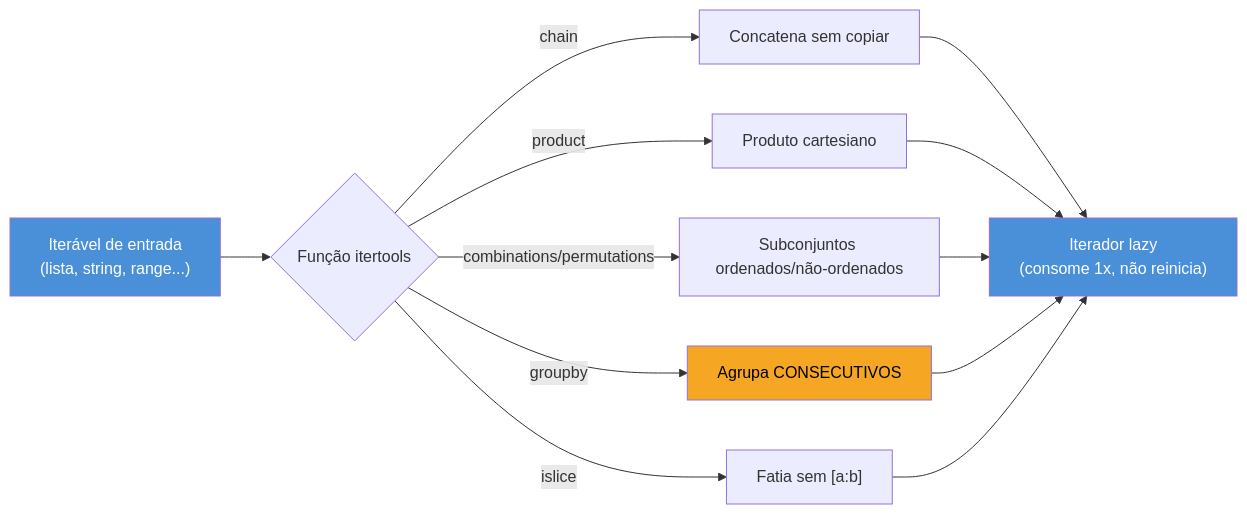
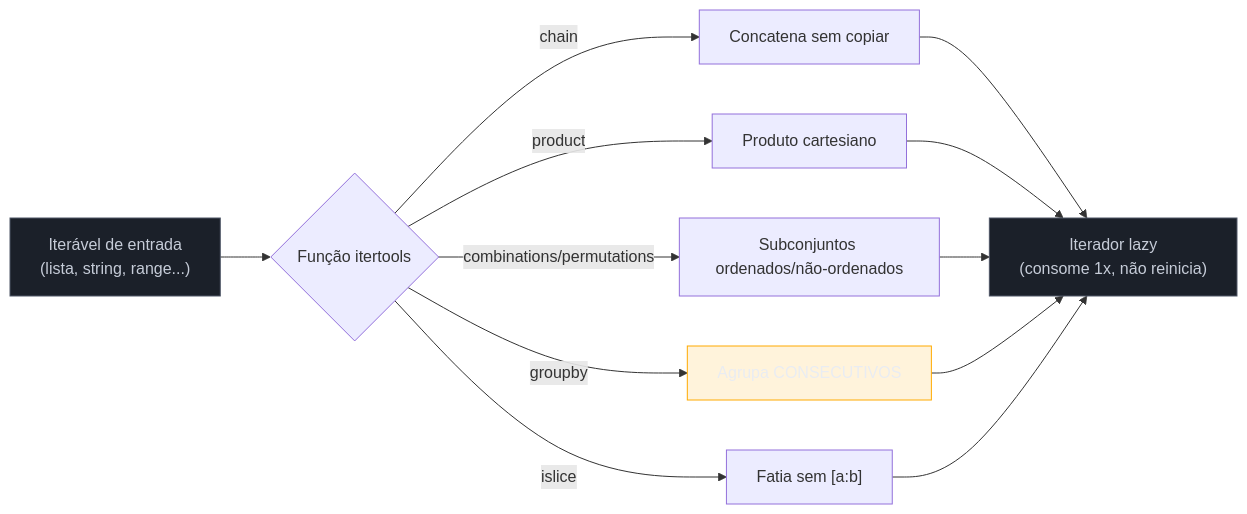
One commit to josenaldo/codex-technomanticus changed the diagram in 03-Dominios/Tecnologia/Python/Collections e Comprehensions/06 - itertools — os essenciais.md. Above: the diagram before and after it, drawn with Mermaid. The commit also changed 1181 other files, not shown here.

First line of the commit message:
fix(diagramas): paleta do sistema no lugar de cor cravada no markdown

````diff
--- a/03-Dominios/Tecnologia/Python/Collections e Comprehensions/06 - itertools — os essenciais.md
+++ b/03-Dominios/Tecnologia/Python/Collections e Comprehensions/06 - itertools — os essenciais.md
@@ -103,13 +103,15 @@
 ```mermaid
 flowchart LR
+    classDef neutro fill:#1B2029,stroke:#4E5666,color:#C6CCD8
+    classDef destaque fill:#FFAA0024,stroke:#FFAA00,color:#E9ECF2
     A["Iterável de entrada<br/>(lista, string, range...)"] --> B{"Função itertools"}
     B -->|chain| C["Concatena sem copiar"]
     B -->|product| D["Produto cartesiano"]
     B -->|combinations/permutations| E["Subconjuntos ordenados/não-ordenados"]
     B -->|groupby| F["Agrupa CONSECUTIVOS"]
     B -->|islice| G["Fatia sem [a:b]"]
     C & D & E & F & G --> H["Iterador lazy<br/>(consome 1x, não reinicia)"]
-    style A fill:#4A90D9,color:#fff
-    style H fill:#4A90D9,color:#fff
-    style F fill:#F5A623,color:#000
+    class A neutro
+    class H neutro
+    class F destaque
 ```
````
